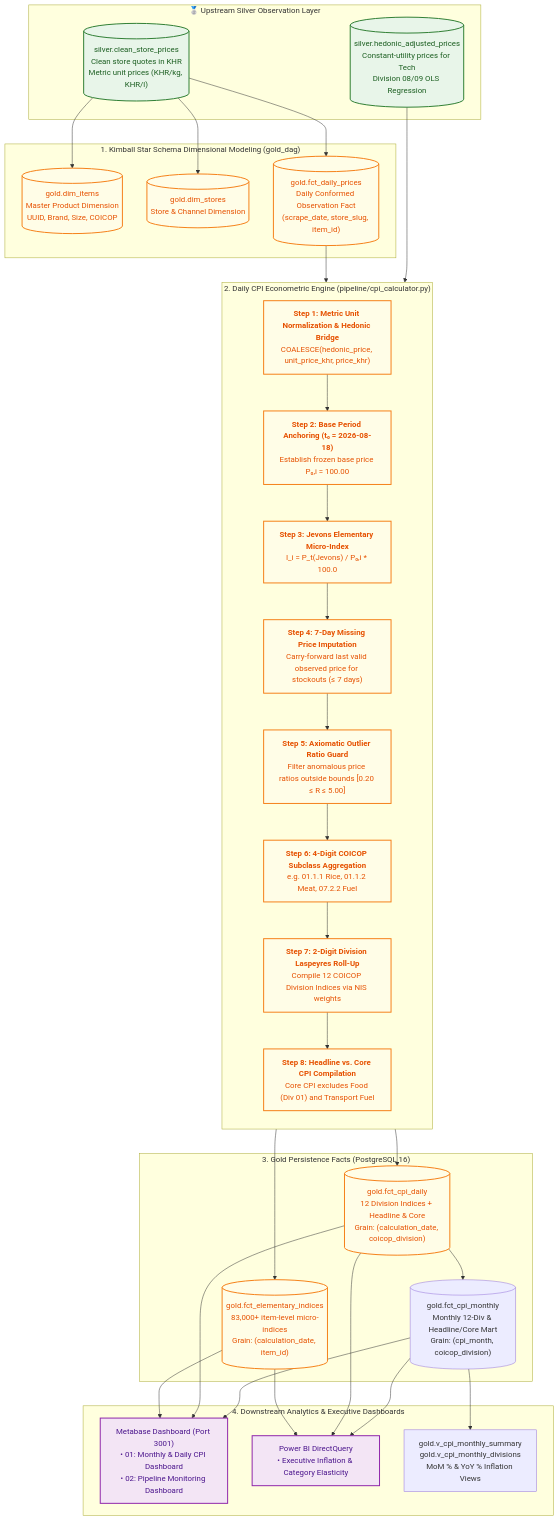
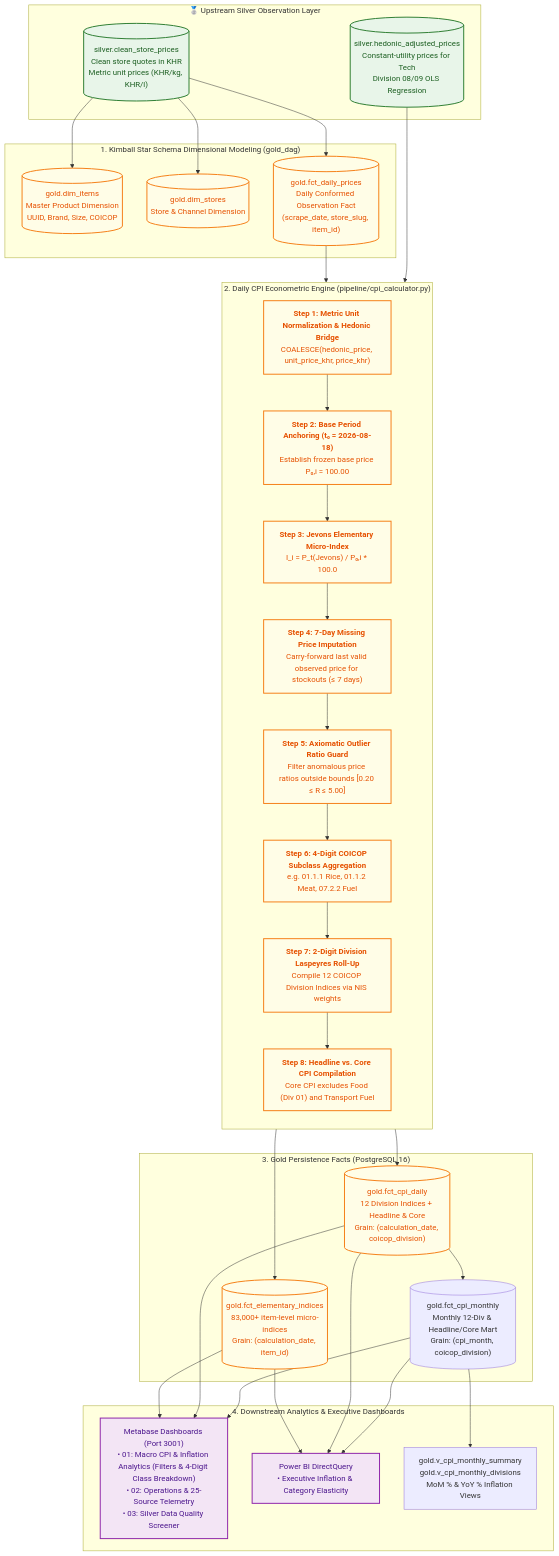
The first of 2 diagrams in docs/GOLD_LAYER_CPI_METHODOLOGY_GUIDE.md (Korngmeng-Taing/Cambodia-cpi-pipeline), drawn with Mermaid before and after one commit. The commit also changed 28 other files, not shown here.

Commit message:
feat(nowcast): 36-month 5-basket RidgeCV macro calibration, Airflow orchestration, Metabase BI, and thesis updates

````diff
--- a/docs/GOLD_LAYER_CPI_METHODOLOGY_GUIDE.md
+++ b/docs/GOLD_LAYER_CPI_METHODOLOGY_GUIDE.md
@@ -29,59 +29,59 @@
 ```mermaid
 flowchart TD
     subgraph SilverInput["🥈 Upstream Silver Observation Layer"]
         S1[("silver.clean_store_prices<br>Clean store quotes in KHR<br>Metric unit prices (KHR/kg, KHR/l)")]
         S2[("silver.hedonic_adjusted_prices<br>Constant-utility prices for Tech<br>Division 08/09 OLS Regression")]
     end
 
     subgraph GoldStar["1. Kimball Star Schema Dimensional Modeling (gold_dag)"]
         D_ITEM[("gold.dim_items<br>Master Product Dimension<br>UUID, Brand, Size, COICOP")]
         D_STORE[("gold.dim_stores<br>Store & Channel Dimension")]
         F_DAILY[("gold.fct_daily_prices<br>Daily Conformed Observation Fact<br>(scrape_date, store_slug, item_id)")]
 
         S1 --> D_ITEM
         S1 --> D_STORE
         S1 --> F_DAILY
     end
 
     subgraph GoldEngine["2. Daily CPI Econometric Engine (pipeline/cpi_calculator.py)"]
         direction TB
         E1["<b>Step 1: Metric Unit Normalization & Hedonic Bridge</b><br>COALESCE(hedonic_price, unit_price_khr, price_khr)"]
         E2["<b>Step 2: Base Period Anchoring (t₀ = 2026-08-18)</b><br>Establish frozen base price P₀,i = 100.00"]
         E3["<b>Step 3: Jevons Elementary Micro-Index</b><br>I_i = P_t(Jevons) / P₀,i * 100.0"]
         E4["<b>Step 4: 7-Day Missing Price Imputation</b><br>Carry-forward last valid observed price for stockouts (≤ 7 days)"]
         E5["<b>Step 5: Axiomatic Outlier Ratio Guard</b><br>Filter anomalous price ratios outside bounds [0.20 ≤ R ≤ 5.00]"]
         E6["<b>Step 6: 4-Digit COICOP Subclass Aggregation</b><br>e.g. 01.1.1 Rice, 01.1.2 Meat, 07.2.2 Fuel"]
         E7["<b>Step 7: 2-Digit Division Laspeyres Roll-Up</b><br>Compile 12 COICOP Division Indices via NIS weights"]
         E8["<b>Step 8: Headline vs. Core CPI Compilation</b><br>Core CPI excludes Food (Div 01) and Transport Fuel"]
 
         F_DAILY & S2 --> E1
         E1 --> E2 --> E3 --> E4 --> E5 --> E6 --> E7 --> E8
     end
 
     subgraph GoldStorage["3. Gold Persistence Facts (PostgreSQL 16)"]
         G_ELEM[("gold.fct_elementary_indices<br>83,000+ item-level micro-indices<br>Grain: (calculation_date, item_id)")]
         G_CPI[("gold.fct_cpi_daily<br>12 Division Indices + Headline & Core<br>Grain: (calculation_date, coicop_division)")]
         G_MON[("gold.fct_cpi_monthly<br>Monthly 12-Div & Headline/Core Mart<br>Grain: (cpi_month, coicop_division)")]
 
         E5 --> G_ELEM
         E8 --> G_CPI --> G_MON
     end
 
     subgraph ServingLayer["4. Downstream Analytics & Executive Dashboards"]
-        M1["Metabase Dashboard (Port 3001)<br>• 01: Monthly & Daily CPI Dashboard<br>• 02: Pipeline Monitoring Dashboard"]
+        M1["Metabase Dashboards (Port 3001)<br>• 01: Macro CPI & Inflation Analytics (Filters & 4-Digit Class Breakdown)<br>• 02: Operations & 25-Source Telemetry<br>• 03: Silver Data Quality Screener"]
         M2["Power BI DirectQuery<br>• Executive Inflation & Category Elasticity"]
         V_MON["gold.v_cpi_monthly_summary<br>gold.v_cpi_monthly_divisions<br>MoM % & YoY % Inflation Views"]
 
         G_ELEM & G_CPI & G_MON --> M1 & M2
         G_MON --> V_MON
     end
 
 
     classDef slv fill:#e8f5e9,stroke:#2e7d32,stroke-width:2px,color:#1b5e20;
     classDef gld fill:#fffde7,stroke:#f57f17,stroke-width:2px,color:#e65100;
     classDef srv fill:#f3e5f5,stroke:#8e24aa,stroke-width:2px,color:#4a148c;
 
     class S1,S2 slv;
     class D_ITEM,D_STORE,F_DAILY,E1,E2,E3,E4,E5,E6,E7,E8,G_ELEM,G_CPI gld;
     class M1,M2 srv;
 ```
````
